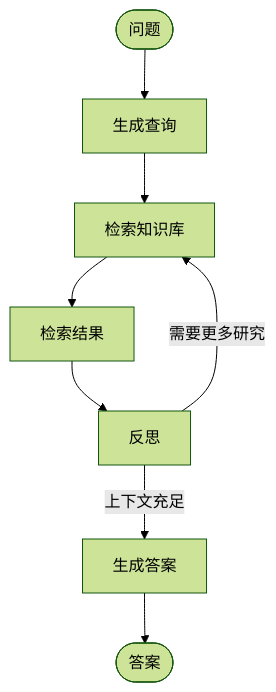
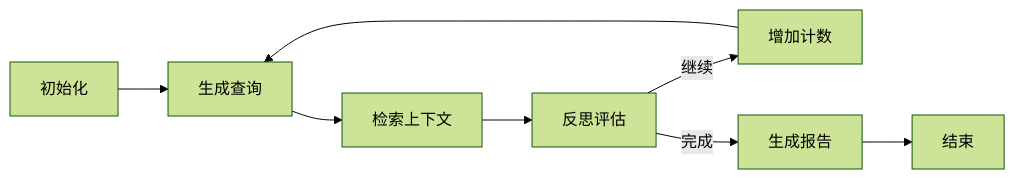
One commit to AndrewCullacino/AI-Knowledge-Base-Building changed the third of 3 diagrams in README.md. Above: the diagram before and after it, drawn with Mermaid (forest theme). The commit also changed other lines of this file and 3 other files, not shown here.

````diff
--- a/README.md
+++ b/README.md
@@ -73,10 +249,10 @@
 ```mermaid
-flowchart TD
-    A([问题]) --> B[生成查询]
-    B --> C[检索知识库]
-    C --> D[检索结果]
-    D --> E[反思]
-    E -->|需要更多研究| C
-    E -->|上下文充足| F[生成答案]
-    F --> G([答案])
+flowchart LR
+    A[初始化] --> B[生成查询]
+    B --> C[检索上下文]
+    C --> D[反思评估]
+    D -->|继续| E[增加计数]
+    D -->|完成| F[生成报告]
+    E --> B
+    F --> G[结束]
 ```
````
